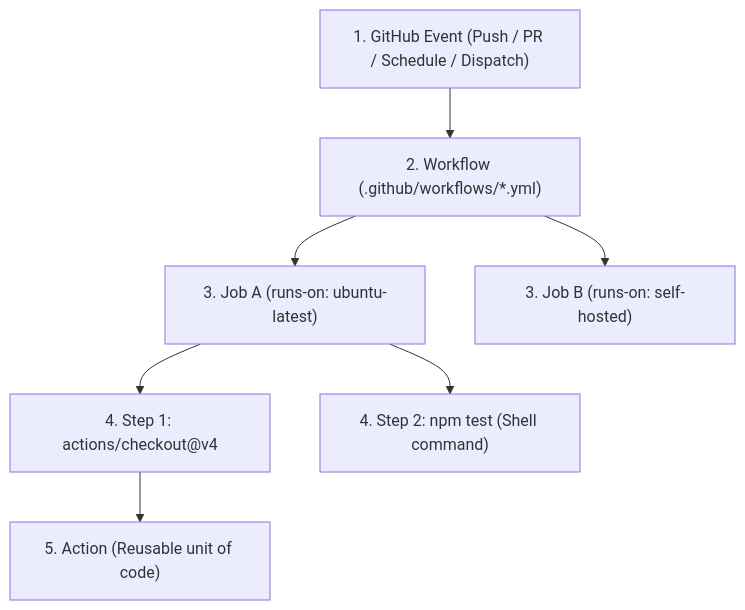
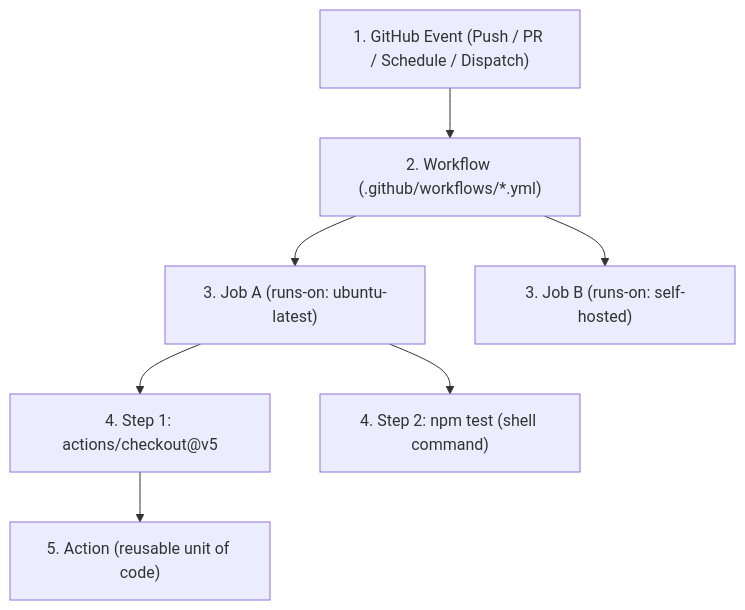
The fourth of 27 diagrams in README.md (TheLearningHubOrg/learn-github-actions), drawn with Mermaid before and after one commit. The commit also changed other lines of this file and 39 other files, not shown here.

````diff
--- a/README.md
+++ b/README.md
@@ -55,9 +365,9 @@
 ```mermaid
 graph TD
     Event["1. GitHub Event (Push / PR / Schedule / Dispatch)"] --> Workflow["2. Workflow (.github/workflows/*.yml)"]
     Workflow --> Job1["3. Job A (runs-on: ubuntu-latest)"]
     Workflow --> Job2["3. Job B (runs-on: self-hosted)"]
-    Job1 --> Step1["4. Step 1: actions/checkout@v4"]
-    Job1 --> Step2["4. Step 2: npm test (Shell command)"]
-    Step1 --> Action["5. Action (Reusable unit of code)"]
+    Job1 --> Step1["4. Step 1: actions/checkout@v5"]
+    Job1 --> Step2["4. Step 2: npm test (shell command)"]
+    Step1 --> Action["5. Action (reusable unit of code)"]
 ```
````
